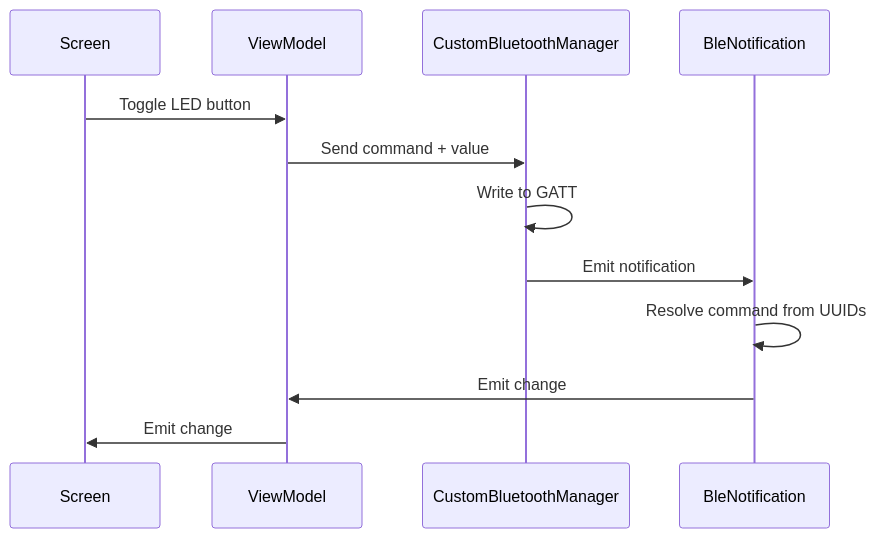
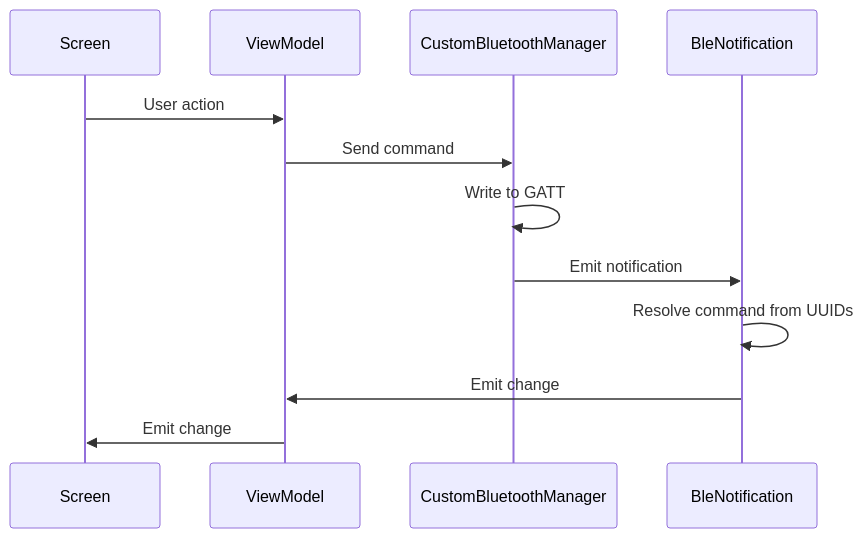
The second of 2 diagrams in README.md (emenjivar/simple-android-ble-gatt), drawn with Mermaid before and after one commit. The commit also changed other lines of this file, not shown here.

````diff
--- a/README.md
+++ b/README.md
@@ -84,15 +94,15 @@
 ```mermaid
 sequenceDiagram
     participant screen as Screen
     participant vm as ViewModel
     participant bleManager as CustomBluetoothManager
     participant bleNotif as BleNotification
 
-    screen ->> vm: Toggle LED button
-    vm ->> bleManager: Send command + value
+    screen ->> vm: User action
+    vm ->> bleManager: Send command
     bleManager ->> bleManager: Write to GATT
     bleManager ->> bleNotif: Emit notification
     bleNotif ->> bleNotif: Resolve command from UUIDs
     bleNotif ->> vm: Emit change
     vm ->> screen: Emit change
 ```
````
